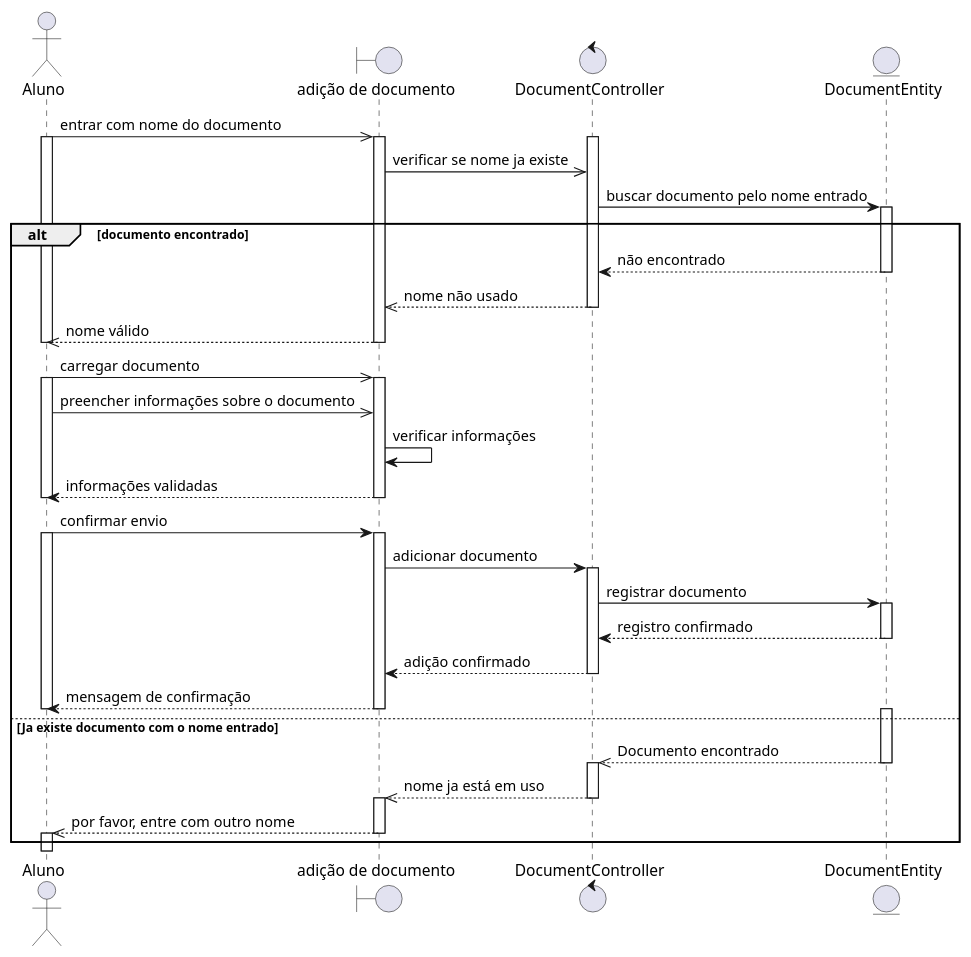
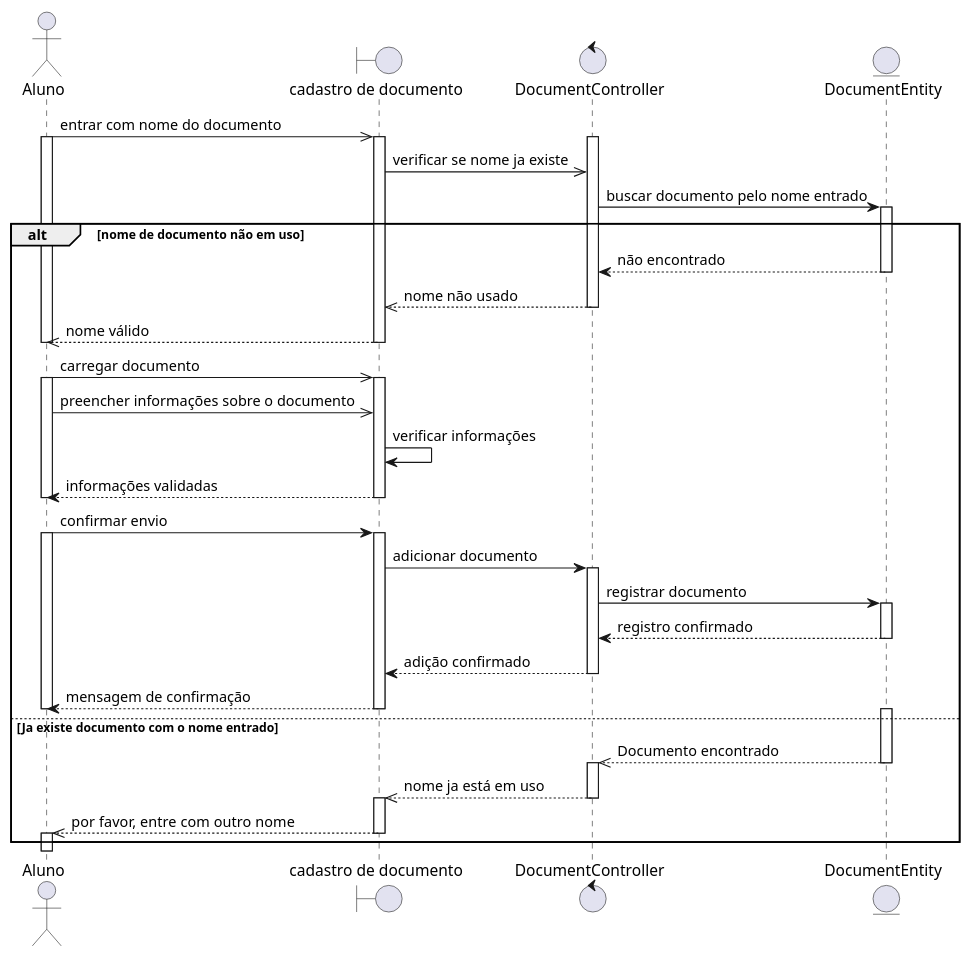
Before and after one commit to rodrigoRolim/CAdiagrams: the diagram in sequence/document.add.seq.wsd, drawn with PlantUML. The commit also changed 7 other files, not shown here.

```diff
--- a/sequence/document.add.seq.wsd
+++ b/sequence/document.add.seq.wsd
@@ -1,58 +1,58 @@
 @startuml
 actor Aluno
-boundary "adição de documento" as addDoc
+boundary "cadastro de documento" as addDoc
 control DocumentController
 entity DocumentEntity
 
 Aluno ->> addDoc: entrar com nome do documento
 activate Aluno
 activate addDoc
 activate DocumentController
 addDoc ->> DocumentController: verificar se nome ja existe
 DocumentController -> DocumentEntity: buscar documento pelo nome entrado
 activate DocumentEntity
-alt documento encontrado
+alt nome de documento não em uso
     DocumentEntity --> DocumentController: não encontrado
     deactivate DocumentEntity
     DocumentController -->> addDoc: nome não usado
     deactivate DocumentController
     addDoc -->> Aluno: nome válido
     deactivate addDoc
     deactivate Aluno
 
     Aluno ->> addDoc: carregar documento
     activate Aluno
     activate addDoc
     Aluno ->> addDoc: preencher informações sobre o documento
     addDoc -> addDoc: verificar informações
     addDoc --> Aluno: informações validadas
     deactivate addDoc
     deactivate Aluno
 
     Aluno -> addDoc: confirmar envio
     activate addDoc 
     activate Aluno
     addDoc -> DocumentController: adicionar documento
     activate DocumentController
     DocumentController -> DocumentEntity: registrar documento
     activate DocumentEntity
     DocumentEntity --> DocumentController: registro confirmado
     deactivate DocumentEntity
     DocumentController --> addDoc: adição confirmado
     deactivate DocumentController
     addDoc --> Aluno: mensagem de confirmação
     deactivate addDoc
     deactivate Aluno
 else Ja existe documento com o nome entrado 
     activate DocumentEntity
     DocumentEntity -->> DocumentController: Documento encontrado
     deactivate DocumentEntity
     activate DocumentController
     DocumentController -->> addDoc: nome ja está em uso
     deactivate DocumentController
     activate addDoc
     addDoc -->> Aluno: por favor, entre com outro nome
     deactivate addDoc
     activate Aluno
 end
 @enduml
```
